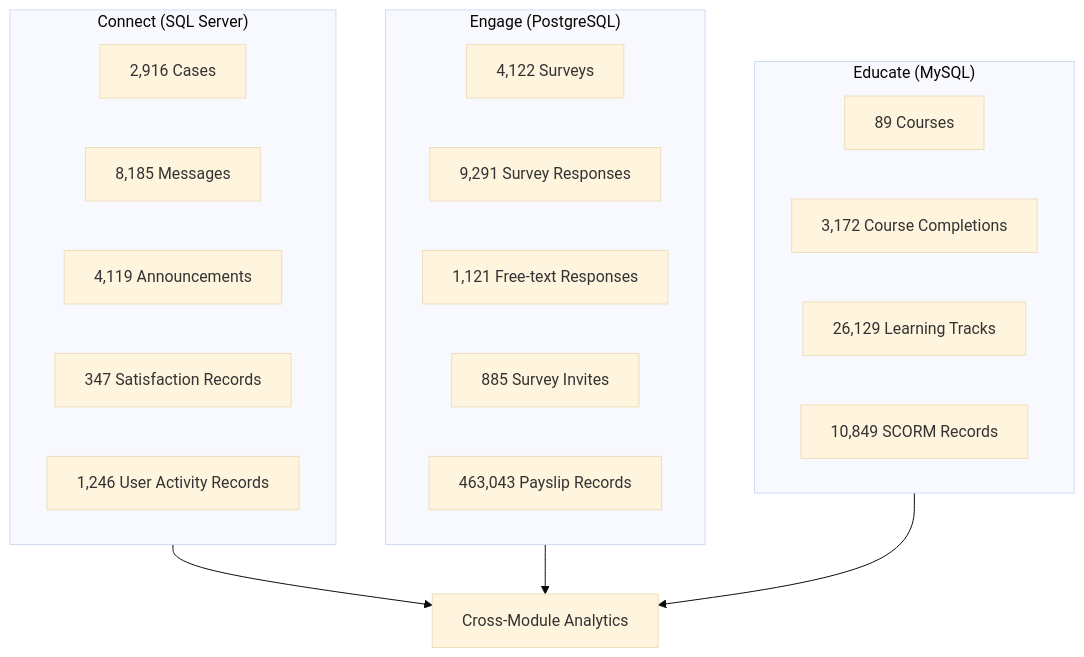
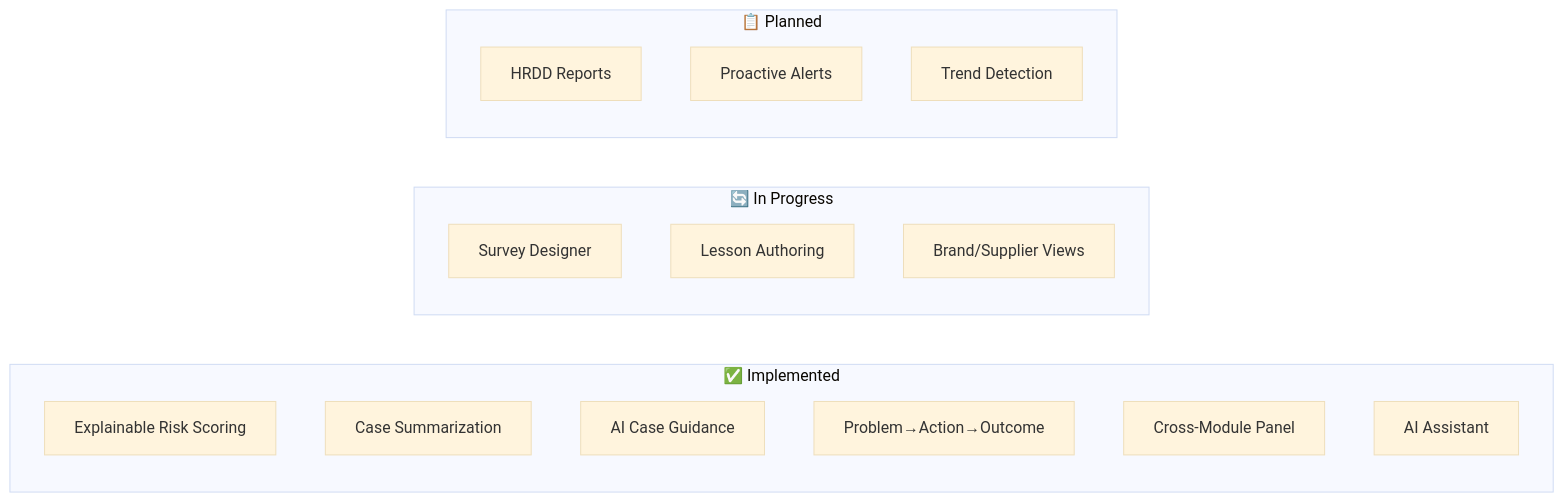
Before and after one commit to vishalkdotcom/supplychain-plus: the diagram in ai-features-roadmap.md, drawn with Mermaid (base theme). The commit also changed other lines of this file and 9 other files, not shown here.

First line of the commit message:
feat: implement view switching and enhance educate/engage modules

````diff
--- a/ai-features-roadmap.md
+++ b/ai-features-roadmap.md
@@ -29,29 +11,23 @@
 ```mermaid
-graph TB
-    subgraph Connect["Connect (SQL Server)"]
-        Cases["2,916 Cases"]
-        Messages["8,185 Messages"]
-        Posts["4,119 Announcements"]
-        CaseSurvey["347 Satisfaction Records"]
-        Activity["1,246 User Activity Records"]
+graph LR
+    subgraph Implemented["✅ Implemented"]
+        Risk["Explainable Risk Scoring"]
+        CaseSum["Case Summarization"]
+        Guidance["AI Case Guidance"]
+        Timeline["Problem→Action→Outcome"]
+        CrossMod["Cross-Module Panel"]
+        Assistant["AI Assistant"]
     end
 
-    subgraph Engage["Engage (PostgreSQL)"]
-        Surveys["4,122 Surveys"]
-        UserResponses["9,291 Survey Responses"]
-        TextResponses["1,121 Free-text Responses"]
-        Invites["885 Survey Invites"]
-        Payslip["463,043 Payslip Records"]
+    subgraph InProgress["🔄 In Progress"]
+        Survey["Survey Designer"]
+        Lesson["Lesson Authoring"]
+        ViewToggle["Brand/Supplier Views"]
     end
 
-    subgraph Educate["Educate (MySQL)"]
-        Courses["89 Courses"]
-        Completions["3,172 Course Completions"]
-        Tracks["26,129 Learning Tracks"]
-        SCORM["10,849 SCORM Records"]
+    subgraph Planned["📋 Planned"]
+        HRDD["HRDD Reports"]
+        Alerts["Proactive Alerts"]
+        Trends["Trend Detection"]
     end
-
-    Connect --> CrossModule["Cross-Module Analytics"]
-    Engage --> CrossModule
-    Educate --> CrossModule
 ```
````
